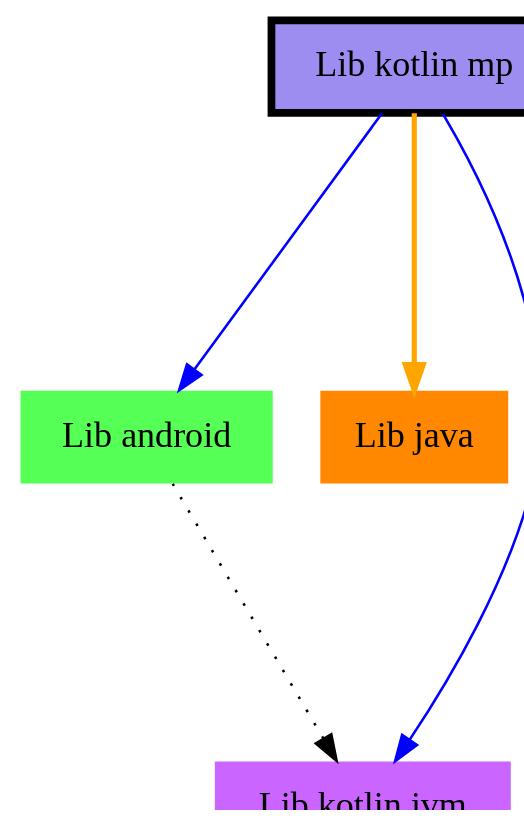
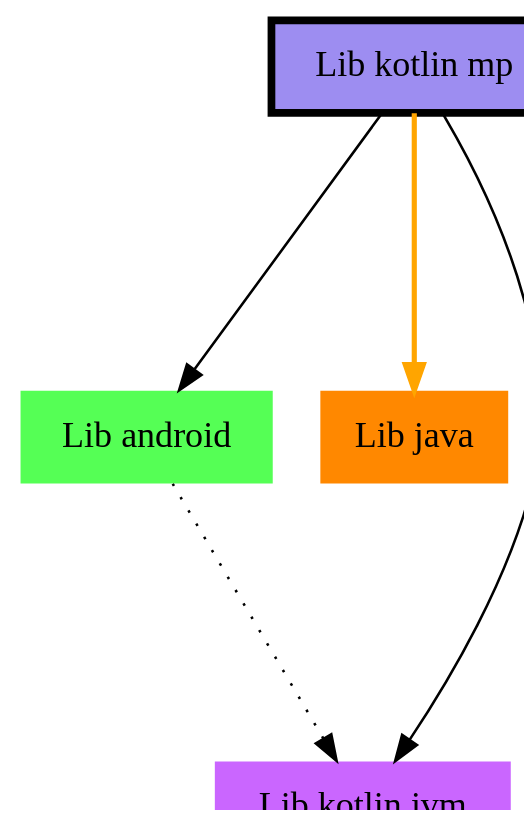
One commit to jonapoul/atlas changed the diagram in sample/sample-lib-kotlin-mp/modules/modules.dot. Above: the diagram before and after it, drawn with Graphviz. The commit also changed 22 other files, not shown here.

```diff
--- a/sample/sample-lib-kotlin-mp/modules/modules.dot
+++ b/sample/sample-lib-kotlin-mp/modules/modules.dot
@@ -1,13 +1,13 @@
 digraph {
   edge ["arrowhead"="normal","arrowtail"="none"]
   graph ["dpi"="100","fontsize"="30","ranksep"="1.5","rankdir"="TB"]
   node ["style"="filled"]
   "Lib android" ["fillcolor"="#55FF55","shape"="none"]
   "Lib java" ["fillcolor"="#FF8800","shape"="none"]
   "Lib kotlin jvm" ["fillcolor"="#CA66FF","shape"="none"]
   "Lib kotlin mp" ["fillcolor"="#9D8DF1","color"="black","penwidth"="3","shape"="box"]
   "Lib android" -> "Lib kotlin jvm" ["style"="dotted"]
-  "Lib kotlin mp" -> "Lib android" ["style"="solid","color"="blue"]
+  "Lib kotlin mp" -> "Lib android" ["style"="solid"]
   "Lib kotlin mp" -> "Lib java" ["style"="bold","color"="orange"]
-  "Lib kotlin mp" -> "Lib kotlin jvm" ["style"="solid","color"="blue"]
+  "Lib kotlin mp" -> "Lib kotlin jvm" ["style"="solid"]
 }
```
